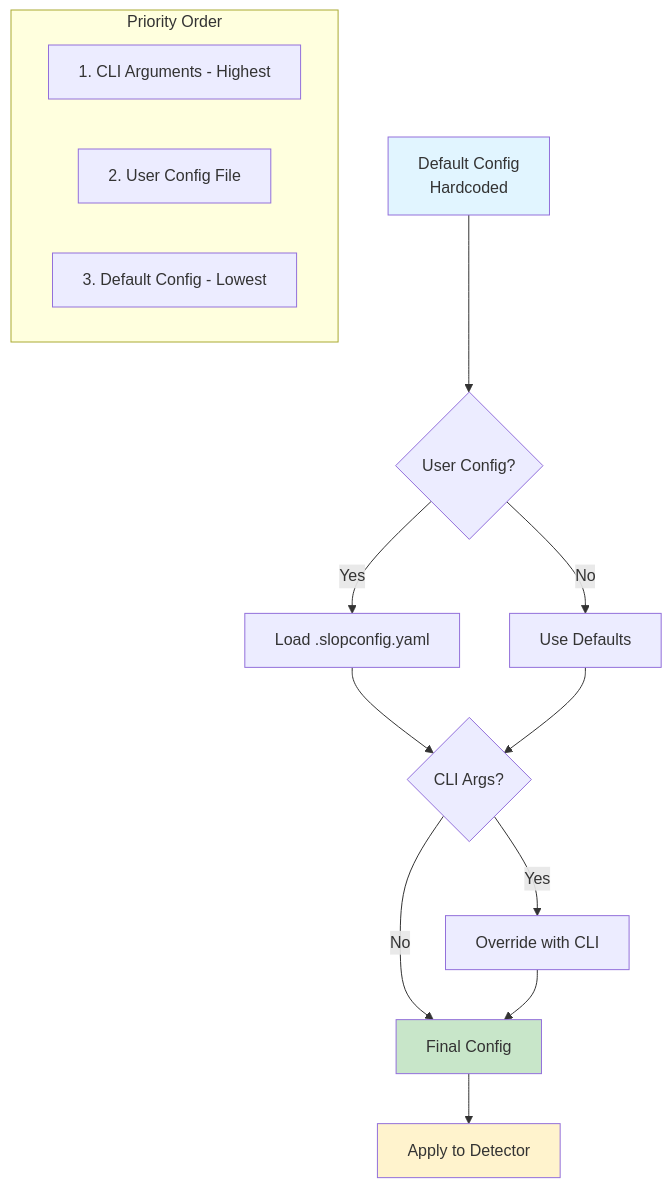
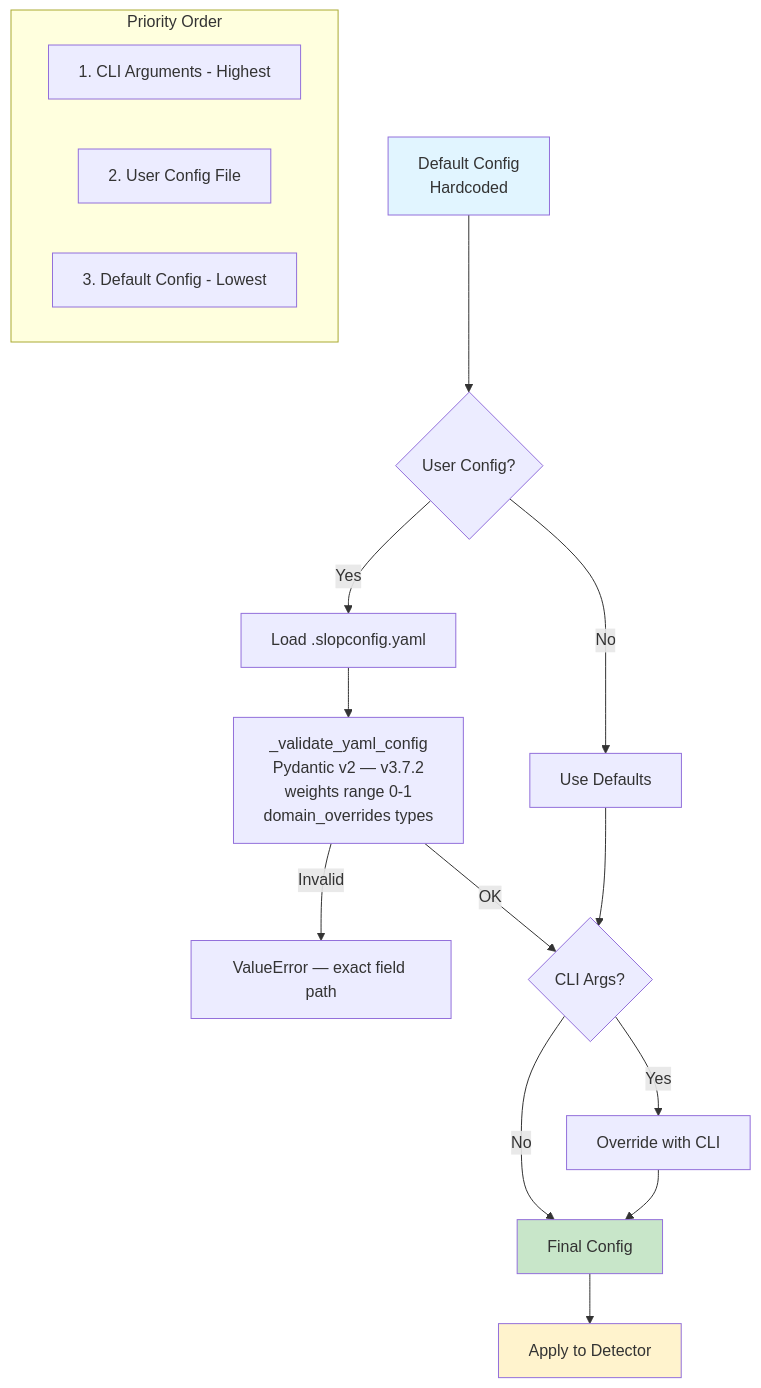
One commit to flamehaven01/AI-SLOP-Detector changed diagram 11 of 14 in docs/HOW_IT_WORKS.md. Above: the diagram before and after it, drawn with Mermaid. The commit also changed other lines of this file and 7 other files, not shown here.

````diff
--- a/docs/HOW_IT_WORKS.md
+++ b/docs/HOW_IT_WORKS.md
@@ -441,27 +444,29 @@
 ```mermaid
 flowchart TD
     A[Default Config<br/>Hardcoded] --> B{User Config?}
     
     B -->|Yes| C[Load .slopconfig.yaml]
     B -->|No| D[Use Defaults]
-    
-    C --> E{CLI Args?}
+
+    C --> VAL[_validate_yaml_config<br/>Pydantic v2 — v3.7.2<br/>weights range 0-1<br/>domain_overrides types]
+    VAL -->|Invalid| ERR[ValueError — exact field path]
+    VAL -->|OK| E{CLI Args?}
     D --> E
     
     E -->|Yes| F[Override with CLI]
     E -->|No| G[Final Config]
     
     F --> G
     
     G --> H[Apply to Detector]
     
     style A fill:#e1f5ff
     style G fill:#c8e6c9
     style H fill:#fff3cd
     
     subgraph "Priority Order"
     P1[1. CLI Arguments - Highest]
     P2[2. User Config File]
     P3[3. Default Config - Lowest]
     end
 ```
````
